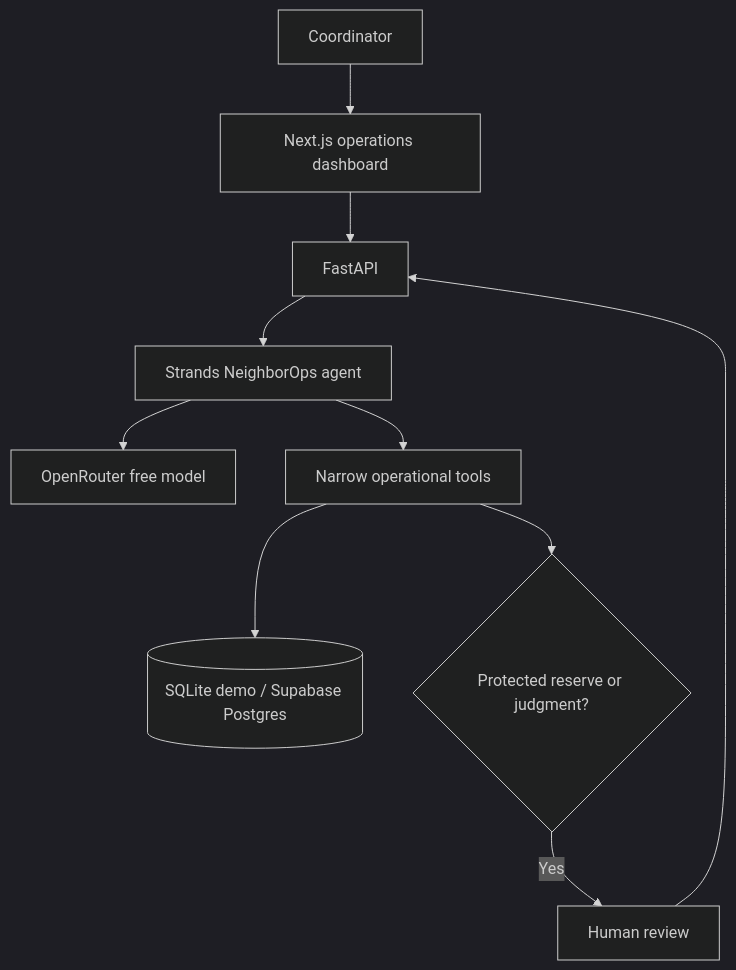
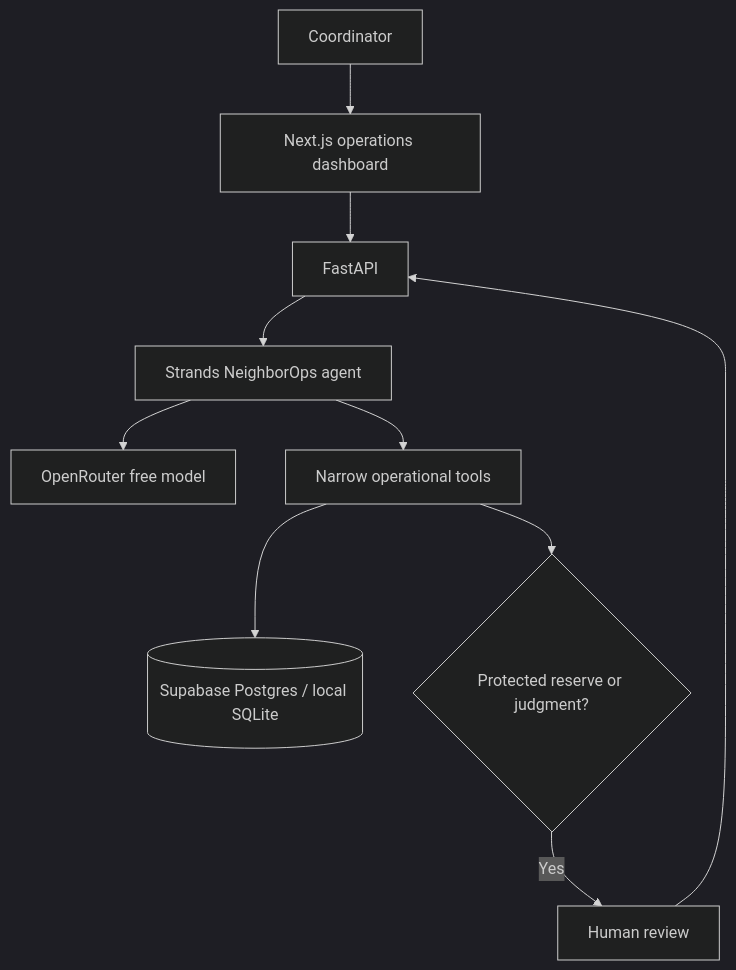
The diagram in README.md (kmt9967/neighborops-ai), drawn with Mermaid (dark theme) before and after one commit. The commit also changed other lines of this file and 8 other files, not shown here.

Commit message:
Document hosted architecture and improve free-model retry diagnostics

````diff
--- a/README.md
+++ b/README.md
@@ -20,12 +22,12 @@
 ```mermaid
 flowchart TD
   A[Coordinator] --> B[Next.js operations dashboard]
   B --> C[FastAPI]
   C --> D[Strands NeighborOps agent]
   D --> E[OpenRouter free model]
   D --> F[Narrow operational tools]
-  F --> G[(SQLite demo / Supabase Postgres)]
+  F --> G[(Supabase Postgres / local SQLite)]
   F --> H{Protected reserve or judgment?}
   H -->|Yes| I[Human review]
   I --> C
 ```
````
